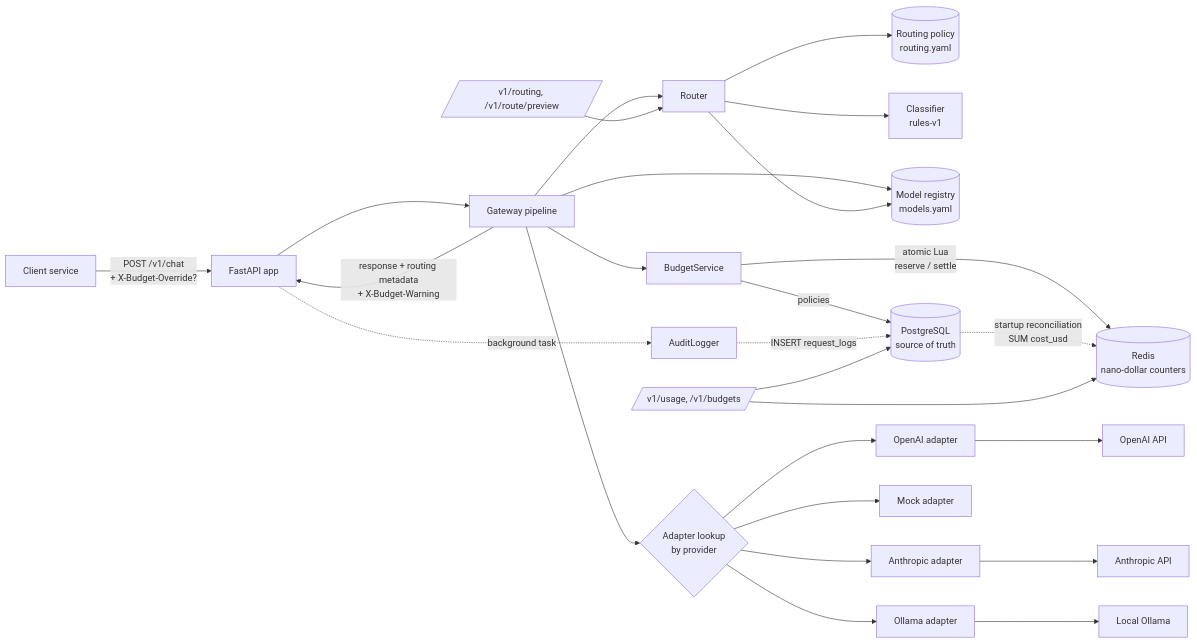
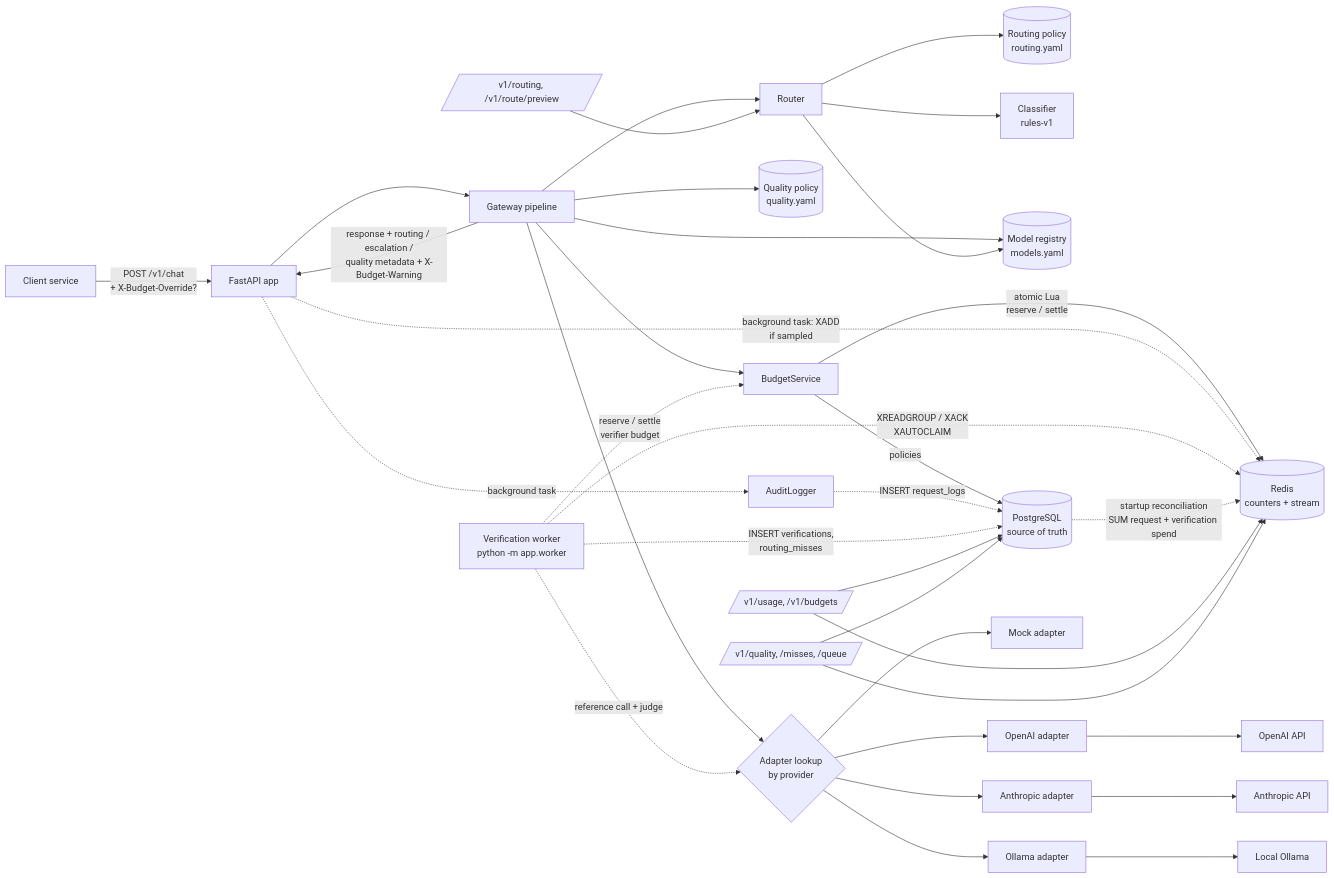
One commit to Abhigyanv23/llm-spend-control changed the first of 5 diagrams in docs/architecture.md. Above: the diagram before and after it, drawn with Mermaid. The commit also changed other lines of this file and 45 other files, not shown here.

First line of the commit message:
feat: phase 4 - quality checks and escalation

````diff
--- a/docs/architecture.md
+++ b/docs/architecture.md
@@ -5,24 +5,32 @@
 ```mermaid
 flowchart LR
     C[Client service] -->|POST /v1/chat<br/>+ X-Budget-Override?| API[FastAPI app]
     API --> GW[Gateway pipeline]
     GW --> RT[Router]
     RT --> RC[(Routing policy<br/>routing.yaml)]
     RT --> CL[Classifier<br/>rules-v1]
+    GW --> QP[(Quality policy<br/>quality.yaml)]
     GW --> REG[(Model registry<br/>models.yaml)]
     RT --> REG
     GW --> BS[BudgetService]
     BS -->|policies| PG[(PostgreSQL<br/>source of truth)]
-    BS -->|atomic Lua<br/>reserve / settle| RD[(Redis<br/>nano-dollar counters)]
+    BS -->|atomic Lua<br/>reserve / settle| RD[(Redis<br/>counters + stream)]
     GW --> AD{Adapter lookup<br/>by provider}
     AD --> OA[OpenAI adapter] --> OAPI[OpenAI API]
     AD --> AN[Anthropic adapter] --> AAPI[Anthropic API]
     AD --> OL[Ollama adapter] --> OLL[Local Ollama]
     AD --> MK[Mock adapter]
-    GW -->|response + routing metadata<br/>+ X-Budget-Warning| API
+    GW -->|response + routing / escalation /<br/>quality metadata + X-Budget-Warning| API
     API -.->|background task| AU[AuditLogger] -.->|INSERT request_logs| PG
-    PG -.->|startup reconciliation<br/>SUM cost_usd| RD
+    API -.->|background task: XADD<br/>if sampled| RD
+    WK[Verification worker<br/>python -m app.worker] -.->|XREADGROUP / XACK<br/>XAUTOCLAIM| RD
+    WK -.->|reference call + judge| AD
+    WK -.->|reserve / settle<br/>verifier budget| BS
+    WK -.->|INSERT verifications,<br/>routing_misses| PG
+    PG -.->|startup reconciliation<br/>SUM request + verification spend| RD
     UB[/v1/usage, /v1/budgets/] --> PG
     UB --> RD
     RA[/v1/routing, /v1/route/preview/] --> RT
+    QA[/v1/quality, /misses, /queue/] --> PG
+    QA --> RD
 ```
````
